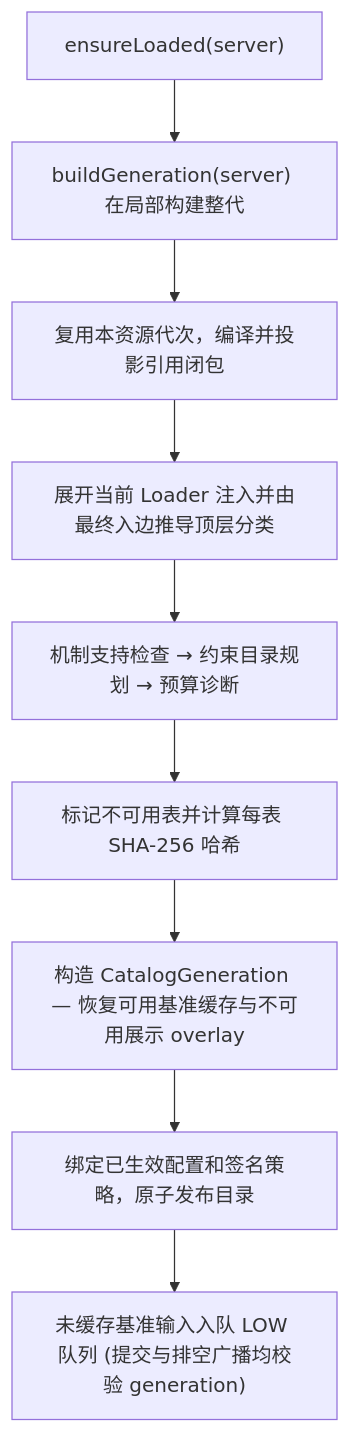
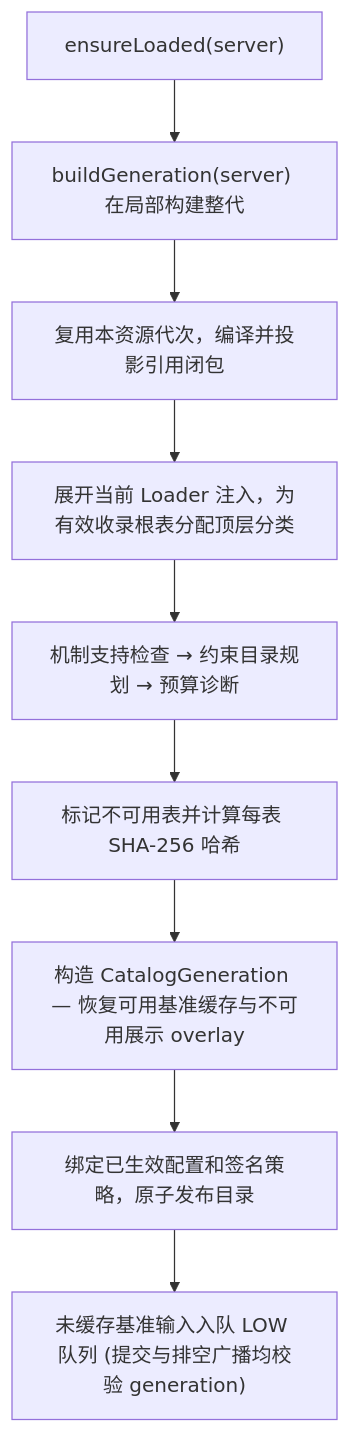
The diagram in docs/dev/internals/journal-catalog-build.md (meteoritel/unsuspicious-block), drawn with Mermaid before and after one commit. The commit also changed 4 other files, not shown here.

````diff
--- a/docs/dev/internals/journal-catalog-build.md
+++ b/docs/dev/internals/journal-catalog-build.md
@@ -10,11 +10,11 @@
 ```mermaid
 flowchart TD
     Start["ensureLoaded(server)"] --> Build["buildGeneration(server) 在局部构建整代"]
     Build --> S1["复用本资源代次，编译并投影引用闭包"]
-    S1 --> S2["展开当前 Loader 注入并由最终入边推导顶层分类"]
+    S1 --> S2["展开当前 Loader 注入，为有效收录根表分配顶层分类"]
     S2 --> S3["机制支持检查 → 约束目录规划 → 预算诊断"]
     S3 --> S4["标记不可用表并计算每表 SHA-256 哈希"]
     S4 --> S5["构造 CatalogGeneration — 恢复可用基准缓存与不可用展示 overlay"]
     S5 --> Pub["绑定已生效配置和签名策略，原子发布目录"]
     Pub --> Queue["未缓存基准输入入队 LOW 队列 (提交与排空广播均校验 generation)"]
 ```
````
